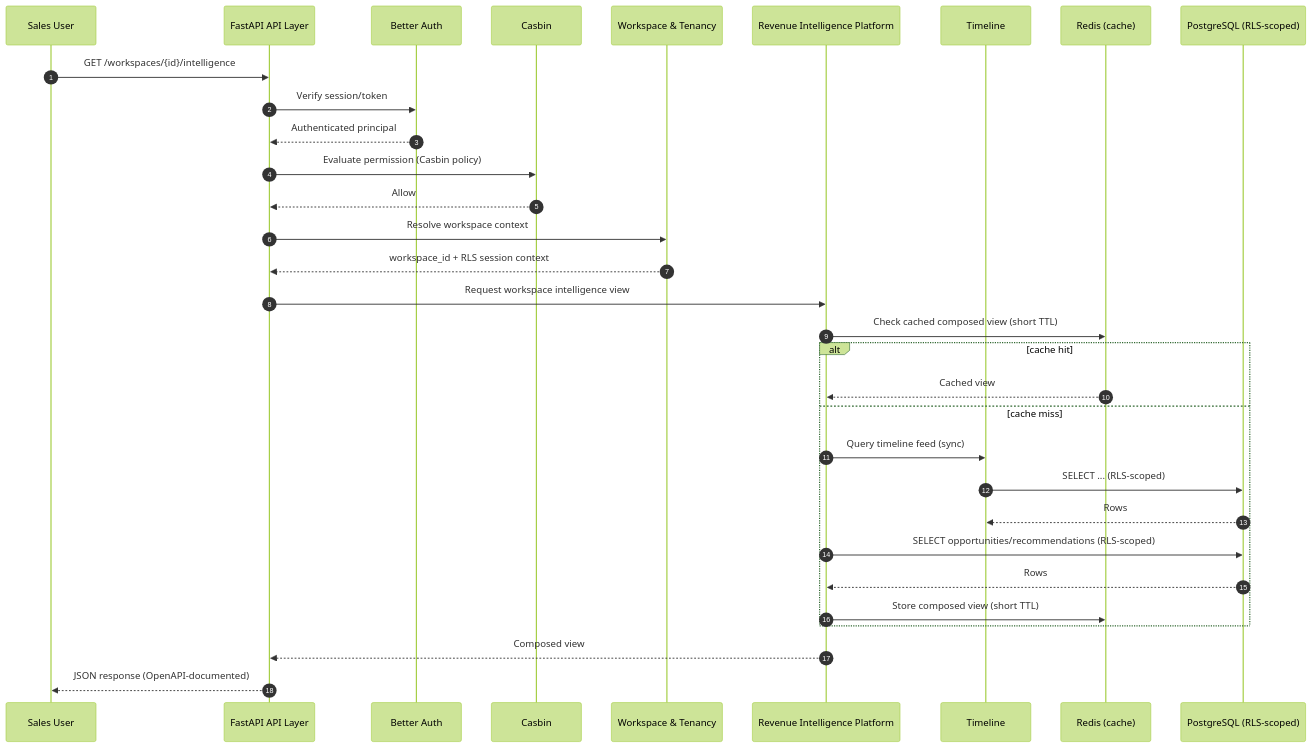
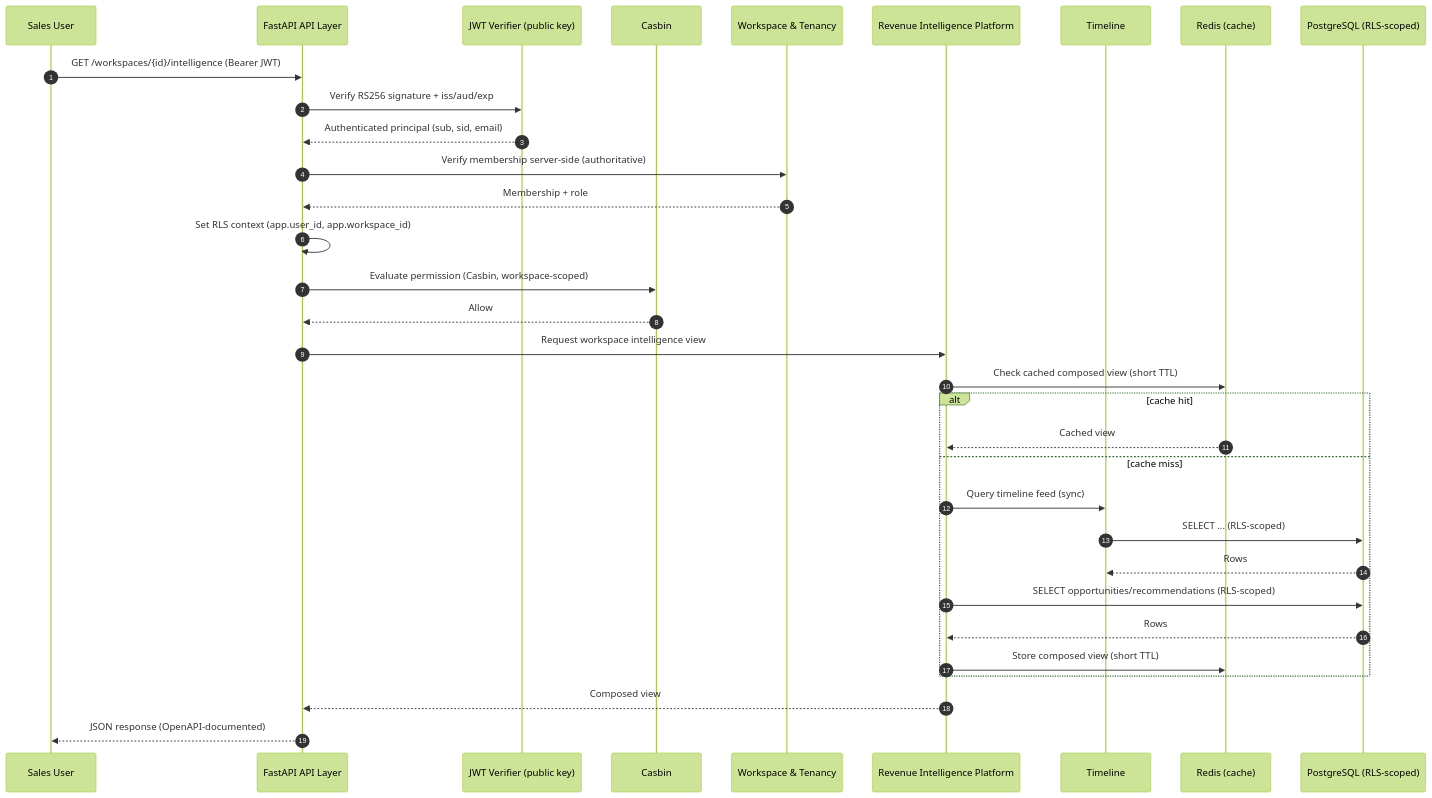
The second of 3 diagrams in docs/architecture/07-data-flow.md (GaneshDabhade/Fortune_Signora), drawn with Mermaid (forest theme) before and after one commit. The commit also changed 12 other files, not shown here.

````diff
--- a/docs/architecture/07-data-flow.md
+++ b/docs/architecture/07-data-flow.md
@@ -94,35 +94,36 @@
 ```mermaid
 sequenceDiagram
     autonumber
     participant User as Sales User
     participant API as FastAPI API Layer
-    participant Auth as Better Auth
+    participant Auth as JWT Verifier (public key)
     participant Authz as Casbin
     participant WS as Workspace & Tenancy
     participant RI as Revenue Intelligence Platform
     participant TL as Timeline
     participant Cache as Redis (cache)
     participant DB as PostgreSQL (RLS-scoped)
 
-    User->>API: GET /workspaces/{id}/intelligence
-    API->>Auth: Verify session/token
-    Auth-->>API: Authenticated principal
-    API->>Authz: Evaluate permission (Casbin policy)
+    User->>API: GET /workspaces/{id}/intelligence (Bearer JWT)
+    API->>Auth: Verify RS256 signature + iss/aud/exp
+    Auth-->>API: Authenticated principal (sub, sid, email)
+    API->>WS: Verify membership server-side (authoritative)
+    WS-->>API: Membership + role
+    API->>API: Set RLS context (app.user_id, app.workspace_id)
+    API->>Authz: Evaluate permission (Casbin, workspace-scoped)
     Authz-->>API: Allow
-    API->>WS: Resolve workspace context
-    WS-->>API: workspace_id + RLS session context
     API->>RI: Request workspace intelligence view
     RI->>Cache: Check cached composed view (short TTL)
     alt cache hit
       Cache-->>RI: Cached view
     else cache miss
       RI->>TL: Query timeline feed (sync)
       TL->>DB: SELECT ... (RLS-scoped)
       DB-->>TL: Rows
       RI->>DB: SELECT opportunities/recommendations (RLS-scoped)
       DB-->>RI: Rows
       RI->>Cache: Store composed view (short TTL)
     end
     RI-->>API: Composed view
     API-->>User: JSON response (OpenAPI-documented)
 ```
````
